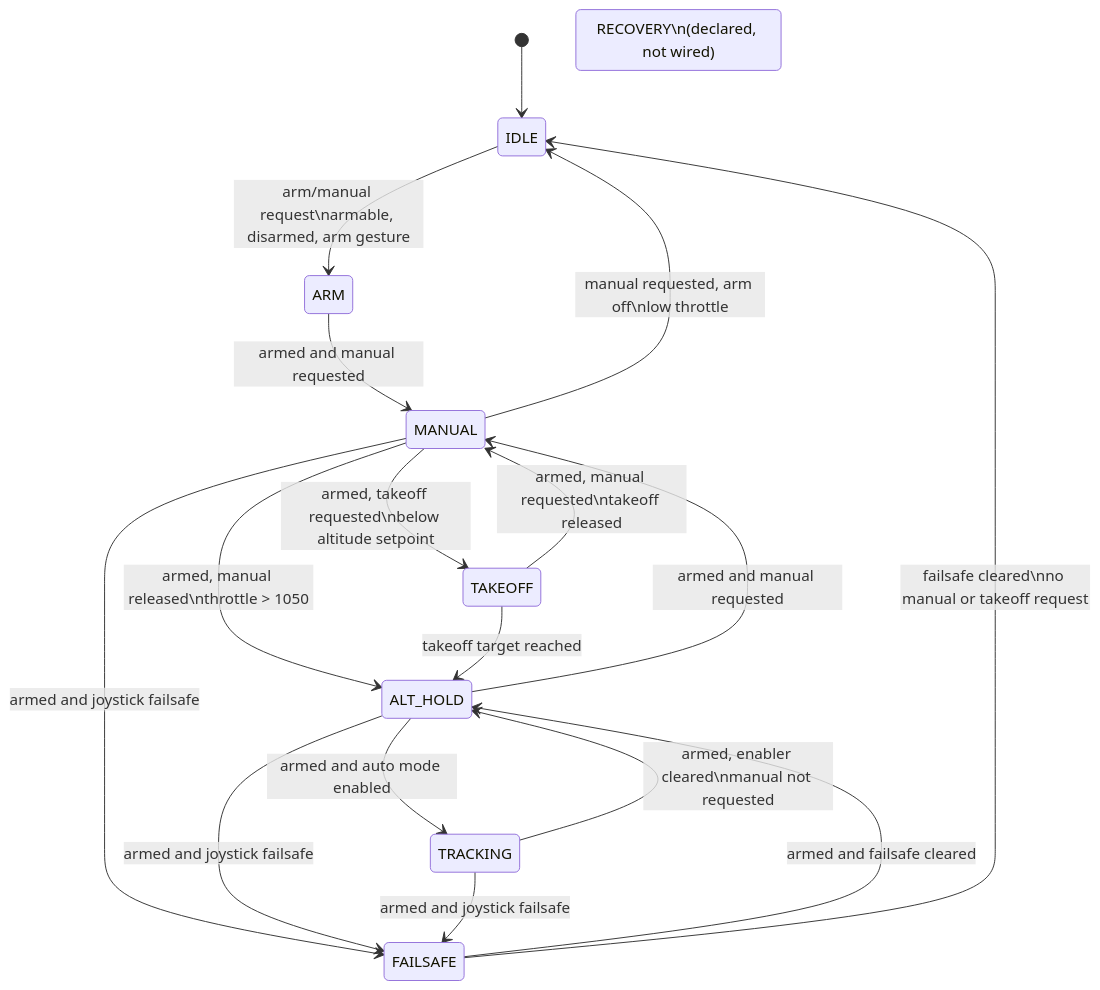
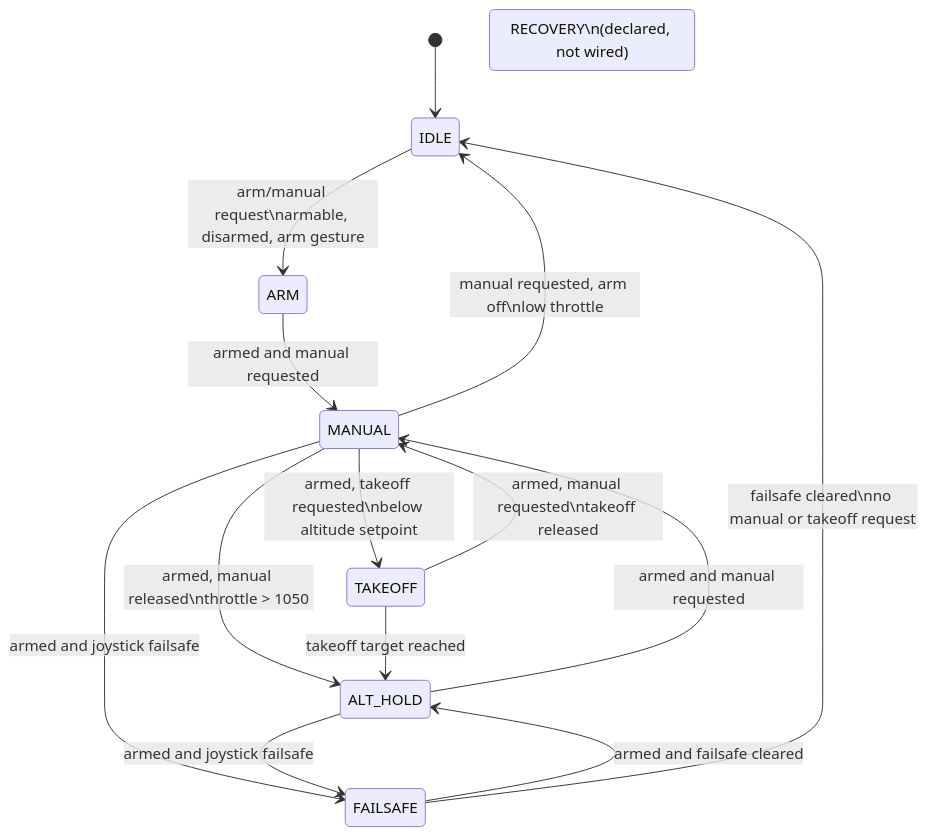
The diagram in bt_app/docs/application_state_machine.md (mayaboker/bt_ws), drawn with Mermaid before and after one commit. The commit also changed other lines of this file and 36 other files, not shown here.

````diff
--- a/bt_app/docs/application_state_machine.md
+++ b/bt_app/docs/application_state_machine.md
@@ -62,27 +58,22 @@
 ```mermaid
 stateDiagram-v2
     [*] --> IDLE
 
     IDLE --> ARM: arm/manual request\narmable, disarmed, arm gesture
     ARM --> MANUAL: armed and manual requested
 
     MANUAL --> TAKEOFF: armed, takeoff requested\nbelow altitude setpoint
     MANUAL --> FAILSAFE: armed and joystick failsafe
     MANUAL --> IDLE: manual requested, arm off\nlow throttle
     MANUAL --> ALT_HOLD: armed, manual released\nthrottle > 1050
 
     TAKEOFF --> ALT_HOLD: takeoff target reached
     TAKEOFF --> MANUAL: armed, manual requested\ntakeoff released
 
     ALT_HOLD --> FAILSAFE: armed and joystick failsafe
     ALT_HOLD --> MANUAL: armed and manual requested
-    ALT_HOLD --> TRACKING: armed and auto mode enabled
-
-    TRACKING --> ALT_HOLD: armed, enabler cleared\nmanual not requested
-    TRACKING --> FAILSAFE: armed and joystick failsafe
-
     FAILSAFE --> ALT_HOLD: armed and failsafe cleared
     FAILSAFE --> IDLE: failsafe cleared\nno manual or takeoff request
 
     state "RECOVERY\n(declared, not wired)" as RECOVERY
 ```
````
